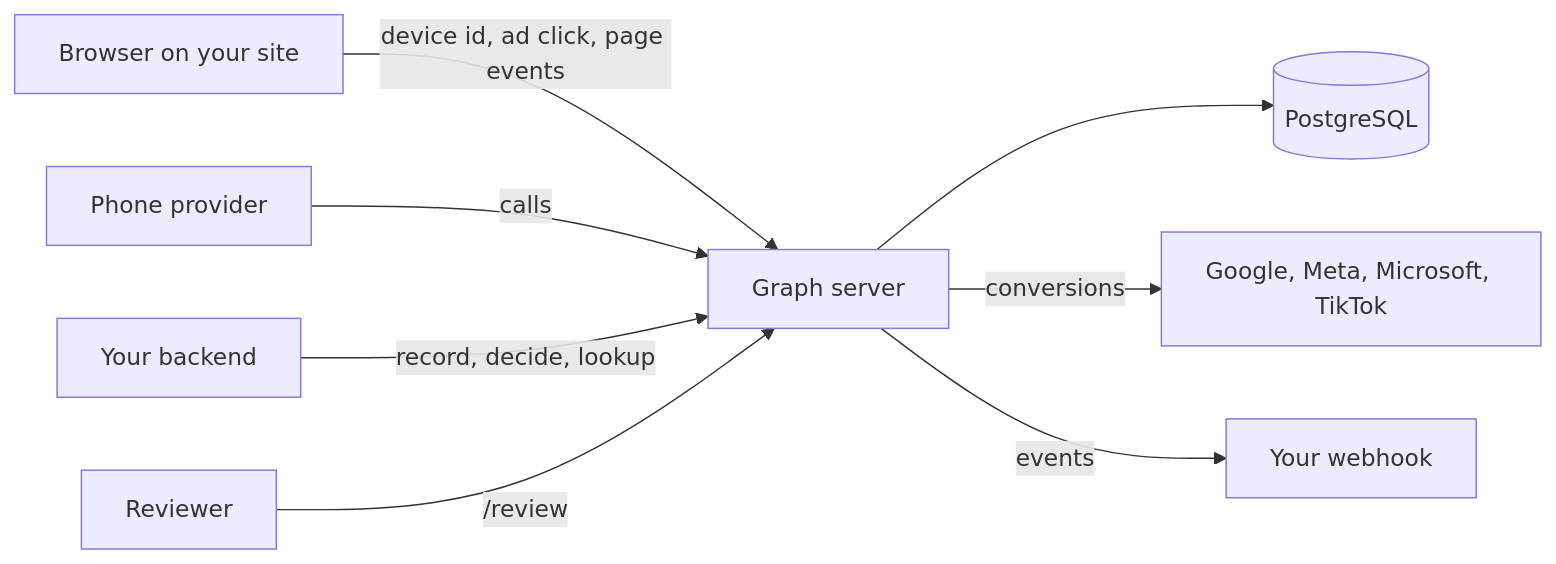
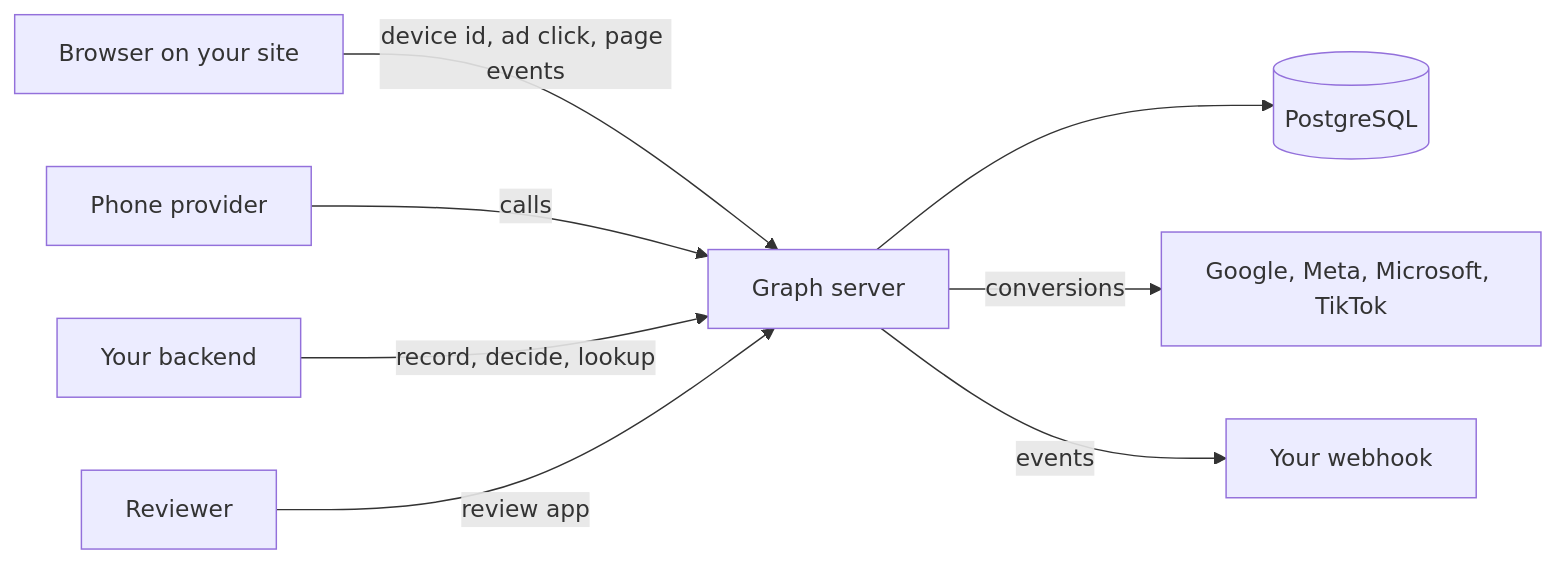
One commit to pwngh/account-graph changed the diagram in README.md. Above: the diagram before and after it, drawn with Mermaid. The commit also changed other lines of this file and 50 other files, not shown here.

Commit message:
chore: the old reviewer screen removed, the review app is the one screen

````diff
--- a/README.md
+++ b/README.md
@@ -62,10 +62,10 @@
 ```mermaid
 flowchart LR
   B[Browser on your site] -- "device id, ad click, page events" --> S[Graph server]
   T[Phone provider] -- "calls" --> S
   A[Your backend] -- "record, decide, lookup" --> S
-  R[Reviewer] -- "/review" --> S
+  R[Reviewer] -- "review app" --> S
   S --> G[(PostgreSQL)]
   S -- "conversions" --> P[Google, Meta, Microsoft, TikTok]
   S -- "events" --> W[Your webhook]
 ```
````
